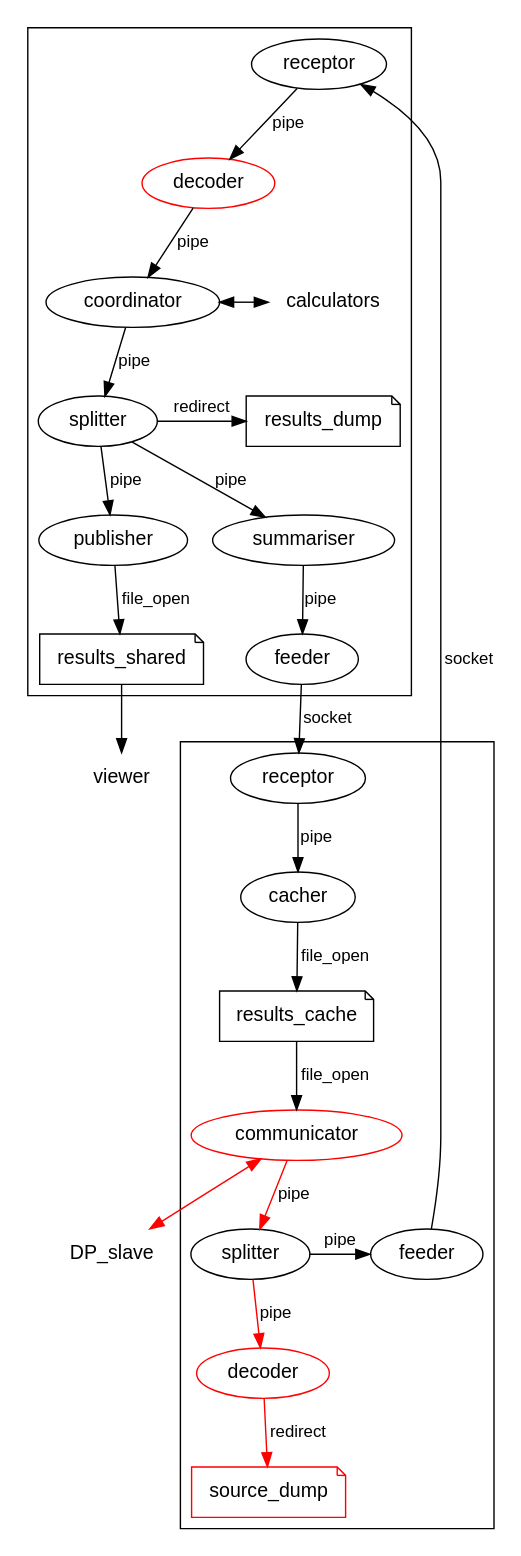
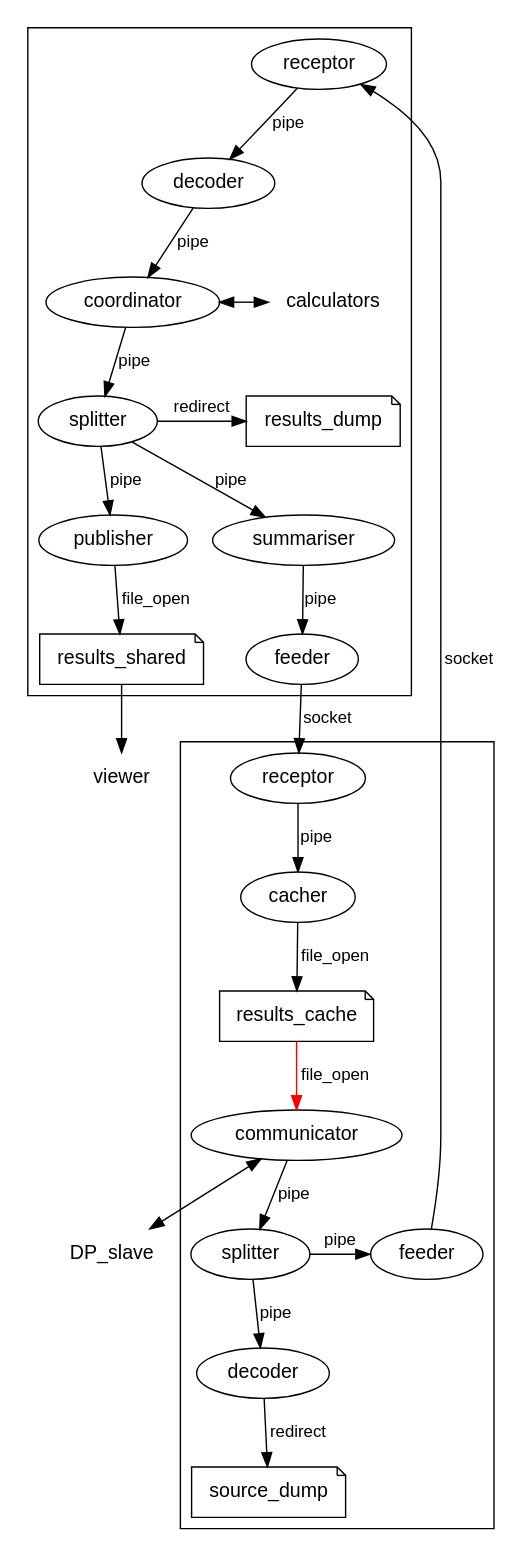
One commit to kyoma-takahashi/tklazyrtsp changed the diagram in components.dot. Above: the diagram before and after it, drawn with Graphviz. The commit also changed 2 other files, not shown here.

```diff
--- a/components.dot
+++ b/components.dot
@@ -1,193 +1,187 @@
 digraph {
 
   graph [
     // layout = circo
     // layout = fdp
     // layput = neato
     // layput = sfdp
     // layout = osage
     // layout = twopi
     // layout = dot
     // layput = patchwork
-    // label = "Components and data flow among them. In red: already implemented. No frame: out of scope."
+    // label = "Components and data flow among them. In red: not implemented yet at all. No frame: out of scope."
     // labelloc = t
     fontname = Helvetica
     // rankdir = LR
     rankdir = TB
   ]
 
   node [
     fontname = Helvetica
     fontsize = 14
     shape = oval
     fillcolor = white
     style = filled
   ]
 
   edge [
     labelfloat = false
     fontname = Helvetica
     fontsize = 12
   ]
 
   subgraph cluster_communicator {
 
     communicator -> source_splitter -> decoder1 [
       label = pipe
-      color = red
     ]
 
     source_splitter -> source_feeder [
       label = pipe
     ]
 
     decoder1 -> source_dump [
       label = redirect
-      color = red
     ]
 
     results_receptor -> results_cacher [
       label = pipe
     ]
 
     results_cacher -> results_cache [
       label = file_open
     ]
 
     results_cache -> communicator [
       label = file_open
+      color = red
     ]
 
     communicator [
-      color = red
     ]
 
     source_splitter [
       label = splitter
     ]
 
     decoder1 [
-      color = red
       label = decoder
     ]
 
     source_dump [
       shape = note
-      color = red
     ]
 
     source_feeder [
       label = feeder
     ]
 
     results_receptor [
       label = receptor
     ]
 
     results_cacher [
       label = cacher
     ]
 
     results_cache [
       shape = note
     ]
 
     {rank = same; source_splitter; source_feeder;}
 
   }
 
   subgraph cluster_calculator {
 
     source_receptor -> decoder2 -> calculation_coordinator -> results_splitter -> results_summariser ->results_feeder [
       label = pipe
     ]
 
     calculation_coordinator -> calculators [
       dir = both
     ]
 
     results_splitter -> results_dump [
       label = redirect
     ]
 
     results_splitter -> results_publisher [
       label = pipe
     ]
 
     results_publisher -> results_shared [
       label = file_open
     ]
 
     source_receptor [
       label = receptor
     ]
 
     decoder2 [
-      color = red
       label = decoder
     ]
 
     calculation_coordinator [
       label = coordinator
     ]
 
     calculators [
       shape = plaintext
     ]
 
     results_splitter [
       label = splitter
     ]
 
     results_dump [
       shape = note
     ]
 
     results_summariser [
       label = summariser
     ]
 
     results_feeder [
       label = feeder
     ]
 
     results_publisher [
       label = publisher
     ]
 
     results_shared [
       shape = note
     ]
 
     {rank = same; calculation_coordinator; calculators;}
     {rank = same; results_splitter; results_dump;}
 
   }
 
   results_feeder -> results_receptor [
     label = socket
     weight = 1
   ]
 
   source_feeder -> source_receptor [
     label = socket
     weight = 1
   ]
 
   communicator -> DP_slave [
     dir = both
-    color = red
   ]
 
   DP_slave [
     shape = plaintext
   ]
 
   results_shared -> viewer [
   ]
 
   viewer [
     shape = plaintext
   ]
 
 }
```
